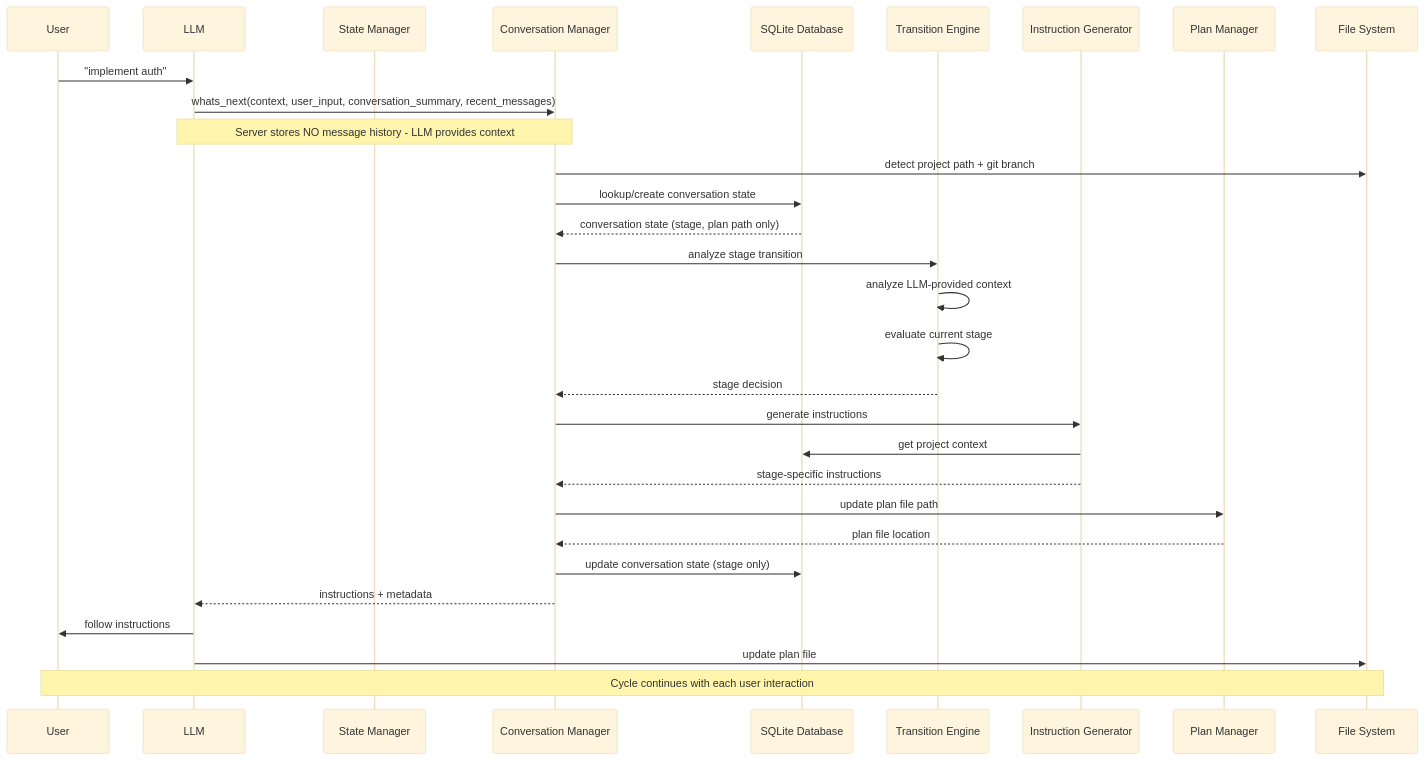
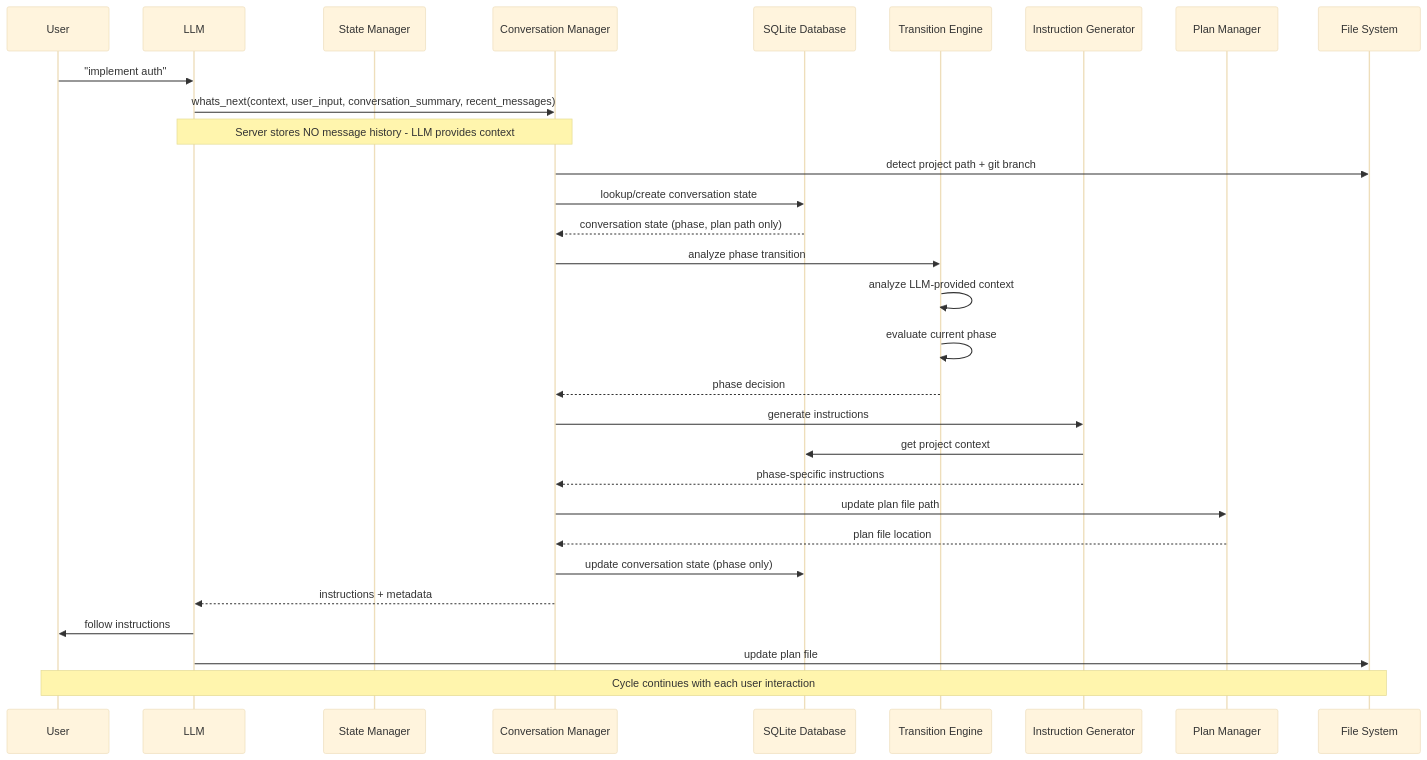
The second of 4 diagrams in README.md (yovannyr/responsible-vibe-mcp), drawn with Mermaid (base theme) before and after one commit. The commit also changed other lines of this file and 28 other files, not shown here.

Commit message:
reword: stage -> phase

````diff
--- a/README.md
+++ b/README.md
@@ -172,39 +172,39 @@
 ```mermaid
 sequenceDiagram
     participant User as User
     participant LLM as LLM
     participant SM as State Manager
     participant CM as Conversation Manager
     participant DB as SQLite Database
     participant TM as Transition Engine
     participant IM as Instruction Generator
     participant PM as Plan Manager
     participant FS as File System
     
     User->>LLM: "implement auth"
     LLM->>CM: whats_next(context, user_input, conversation_summary, recent_messages)
     Note over LLM,CM: Server stores NO message history - LLM provides context
     CM->>FS: detect project path + git branch
     CM->>DB: lookup/create conversation state
-    DB-->>CM: conversation state (stage, plan path only)
+    DB-->>CM: conversation state (phase, plan path only)
     
-    CM->>TM: analyze stage transition
+    CM->>TM: analyze phase transition
     TM->>TM: analyze LLM-provided context
-    TM->>TM: evaluate current stage
-    TM-->>CM: stage decision
+    TM->>TM: evaluate current phase
+    TM-->>CM: phase decision
     
     CM->>IM: generate instructions
     IM->>DB: get project context
-    IM-->>CM: stage-specific instructions
+    IM-->>CM: phase-specific instructions
     
     CM->>PM: update plan file path
     PM-->>CM: plan file location
     
-    CM->>DB: update conversation state (stage only)
+    CM->>DB: update conversation state (phase only)
     CM-->>LLM: instructions + metadata
     
     LLM->>User: follow instructions
     LLM->>FS: update plan file
     
     Note over User,FS: Cycle continues with each user interaction
 ```
````
